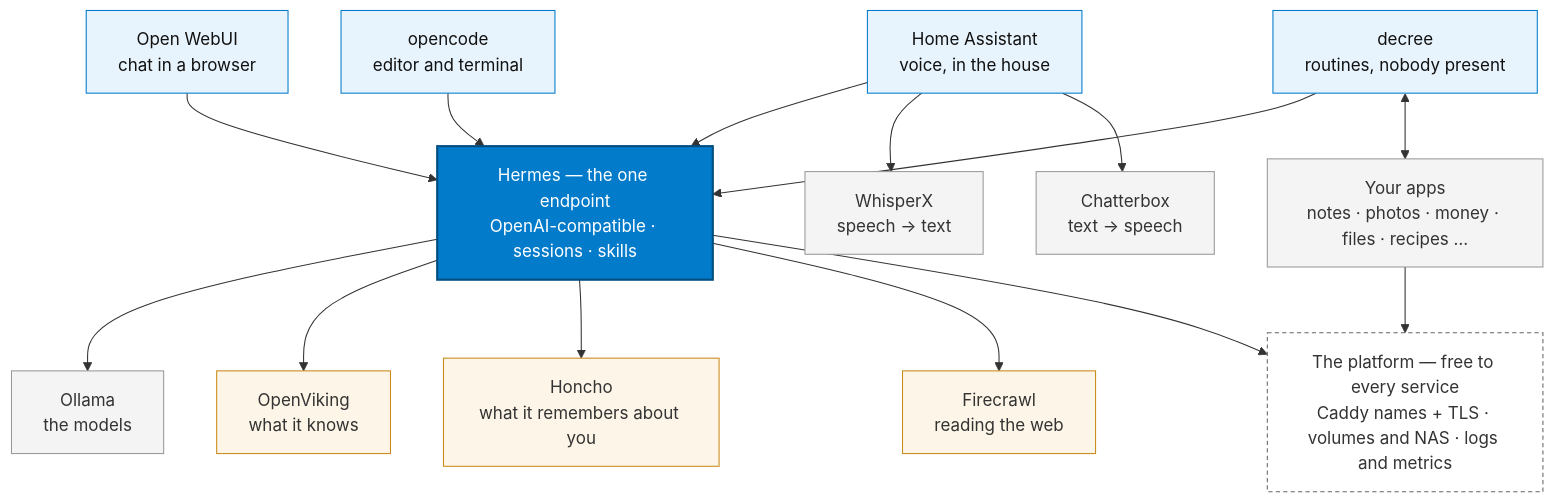
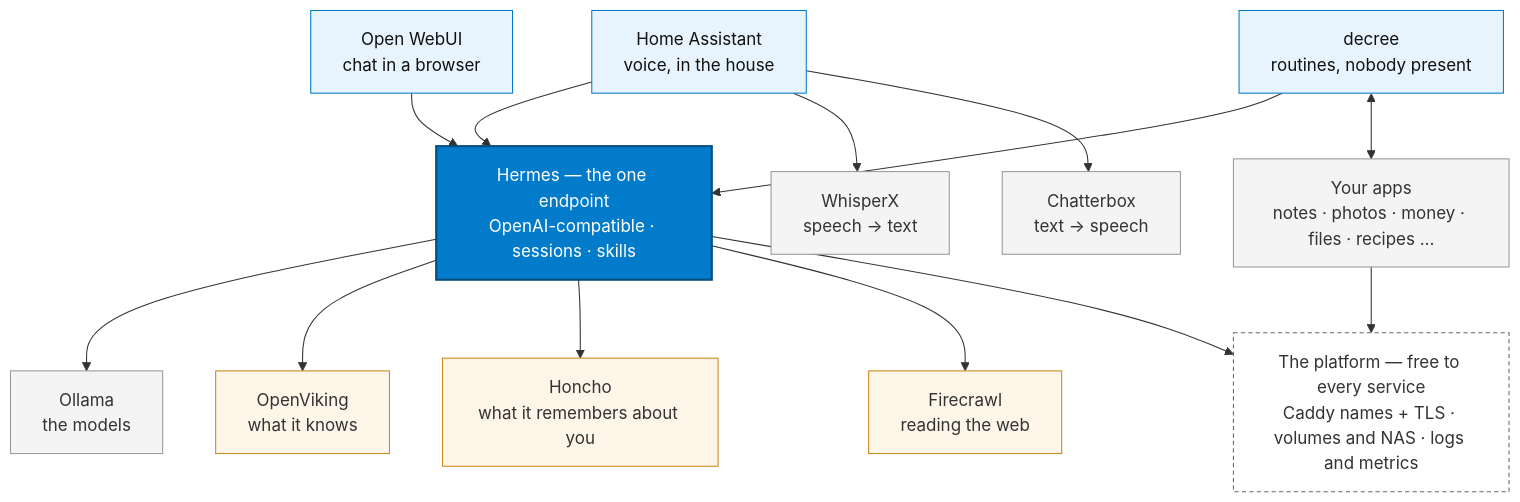
Before and after one commit to jtmckay/existential: the second of 2 diagrams in README.md, drawn with Mermaid. The commit also changed other lines of this file and 12 other files, not shown here.

````diff
--- a/README.md
+++ b/README.md
@@ -62,44 +62,42 @@
 ```mermaid
 flowchart TB
     ha["Home Assistant<br/>voice, in the house"]
     owui["Open WebUI<br/>chat in a browser"]
-    oc["opencode<br/>editor and terminal"]
     dec["decree<br/>routines, nobody present"]
 
     hermes["Hermes — the one endpoint<br/>OpenAI-compatible · sessions · skills"]
     ollama["Ollama<br/>the models"]
     stt["WhisperX<br/>speech → text"]
     tts["Chatterbox<br/>text → speech"]
 
     viking["OpenViking<br/>what it knows"]
     honcho["Honcho<br/>what it remembers about you"]
     craw["Firecrawl<br/>reading the web"]
 
     apps["Your apps<br/>notes · photos · money · files · recipes …"]
     platform["The platform — free to every service<br/>Caddy names + TLS · volumes and NAS · logs and metrics"]
 
     ha --> hermes
     owui --> hermes
-    oc --> hermes
     dec --> hermes
     ha --> stt
     ha --> tts
     hermes --> ollama
     hermes --> viking
     hermes --> honcho
     hermes --> craw
     dec <--> apps
     hermes --> platform
     apps --> platform
 
     classDef surface fill:#e8f4fd,stroke:#027bcb,color:#111
     classDef gateway fill:#027bcb,stroke:#014d80,stroke-width:2px,color:#fff
     classDef model fill:#f4f4f4,stroke:#999,color:#333
     classDef base fill:#fff,stroke:#666,stroke-dasharray:4 3,color:#333
     classDef reach fill:#fdf6e8,stroke:#c98a1b,color:#333
-    class ha,owui,oc,dec surface
+    class ha,owui,dec surface
     class hermes gateway
     class ollama,stt,tts,apps model
     class viking,honcho,craw reach
     class platform base
 ```
````
